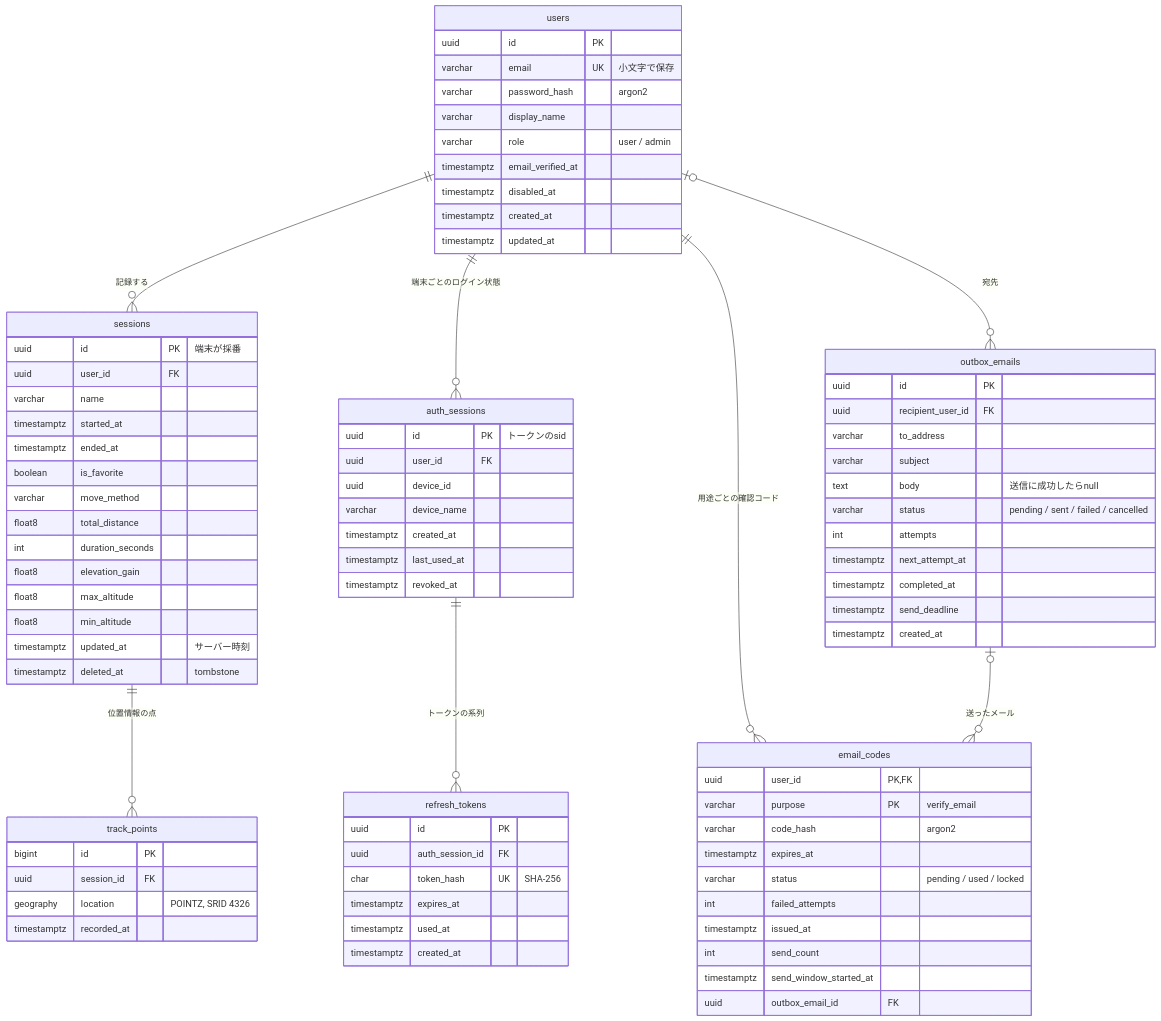
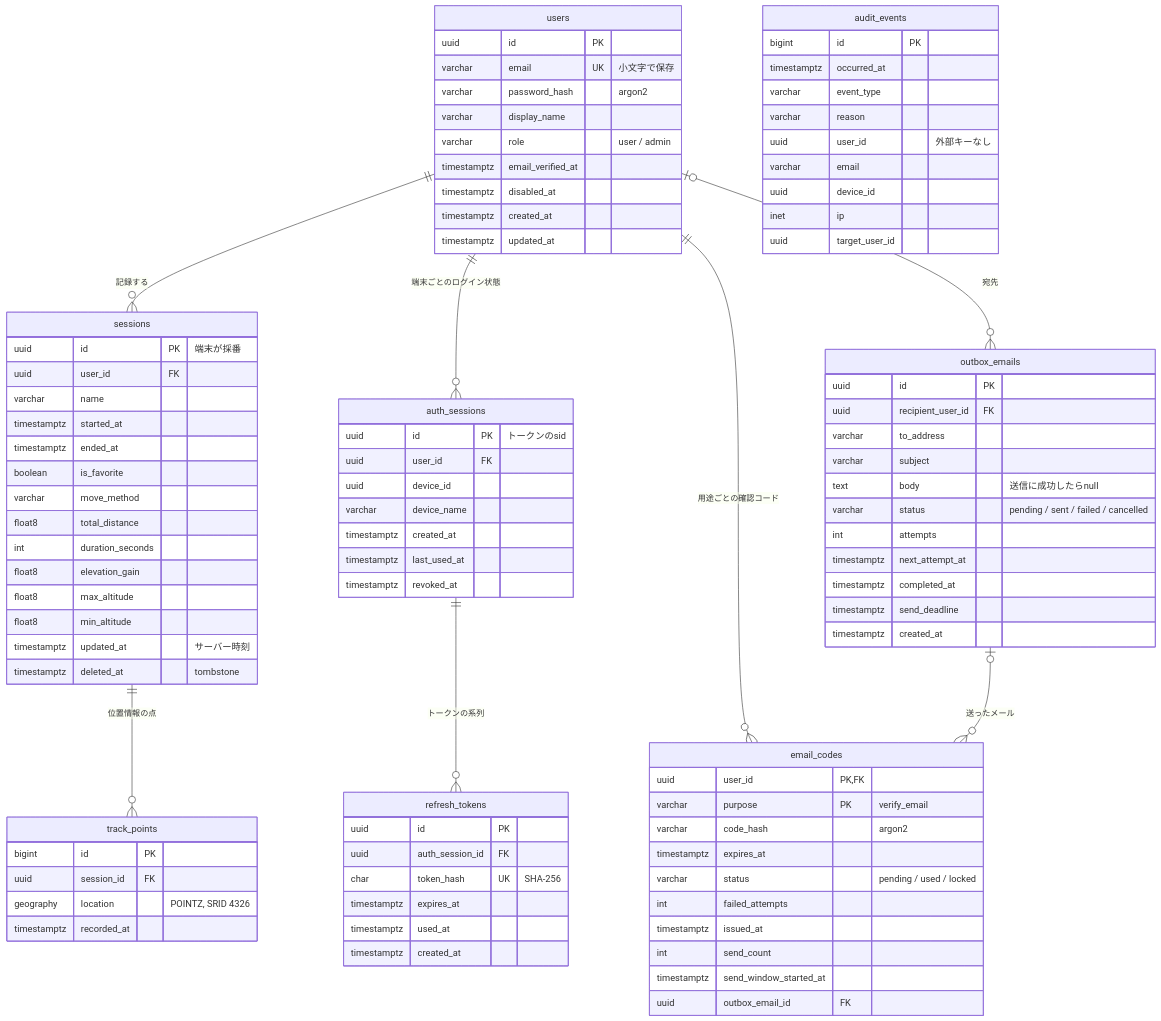
Before and after one commit to Yoshinori-Oda/osampo-tracker: the first of 3 diagrams in docs/basic-design/data.md, drawn with Mermaid. The commit also changed other lines of this file and 20 other files, not shown here.

First line of the commit message:
feat: 監査ログ(audit_events)を追加し、認証・アカウント・権限の出来事を記録する

````diff
--- a/docs/basic-design/data.md
+++ b/docs/basic-design/data.md
@@ -103,4 +103,16 @@
         timestamptz send_deadline
         timestamptz created_at
     }
+
+    audit_events {
+        bigint id PK
+        timestamptz occurred_at
+        varchar event_type
+        varchar reason
+        uuid user_id "外部キーなし"
+        varchar email
+        uuid device_id
+        inet ip
+        uuid target_user_id
+    }
 ```
````
